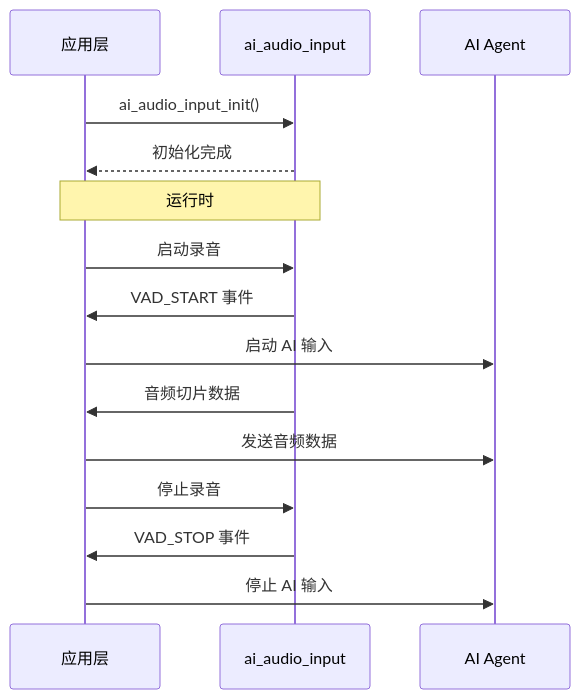
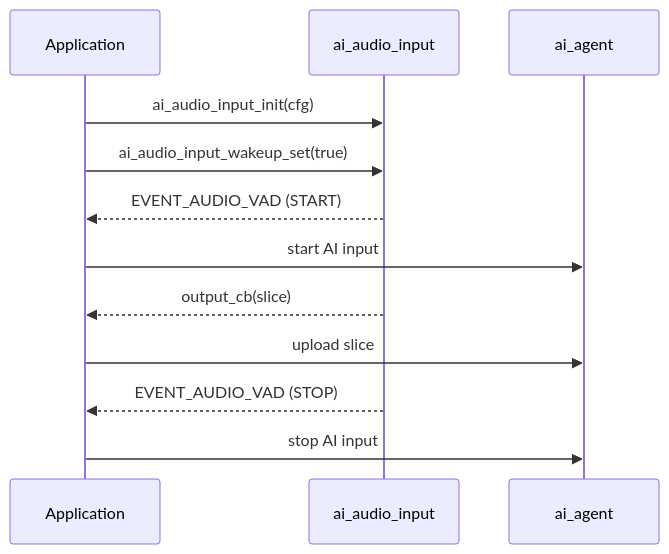
Before and after one commit to Tuya-Community/TuyaOpen.io: the diagram in i18n/zh/docusaurus-plugin-content-docs/current/cloud/device-ai/ai-components/ai-audio-input.md, drawn with Mermaid. The commit also changed other lines of this file and 365 other files, not shown here.

````diff
--- a/i18n/zh/docusaurus-plugin-content-docs/current/cloud/device-ai/ai-components/ai-audio-input.md
+++ b/i18n/zh/docusaurus-plugin-content-docs/current/cloud/device-ai/ai-components/ai-audio-input.md
@@ -393,22 +107,14 @@
 ```mermaid
 sequenceDiagram
-    participant App as 应用层
+    participant App as Application
     participant Input as ai_audio_input
-    participant Agent as AI Agent
-
-    App->>Input: ai_audio_input_init()
-    Input-->>App: 初始化完成
-    
-    Note over App,Input: 运行时
-    
-    App->>Input: 启动录音
-    Input->>App: VAD_START 事件
-    App->>Agent: 启动 AI 输入
-    
-    Input->>App: 音频切片数据
-    App->>Agent: 发送音频数据
-    
-    App->>Input: 停止录音
-    Input->>App: VAD_STOP 事件
-    App->>Agent: 停止 AI 输入
+    participant Agent as ai_agent
+    App->>Input: ai_audio_input_init(cfg)
+    App->>Input: ai_audio_input_wakeup_set(true)
+    Input-->>App: EVENT_AUDIO_VAD (START)
+    App->>Agent: start AI input
+    Input-->>App: output_cb(slice)
+    App->>Agent: upload slice
+    Input-->>App: EVENT_AUDIO_VAD (STOP)
+    App->>Agent: stop AI input
 ```
````
